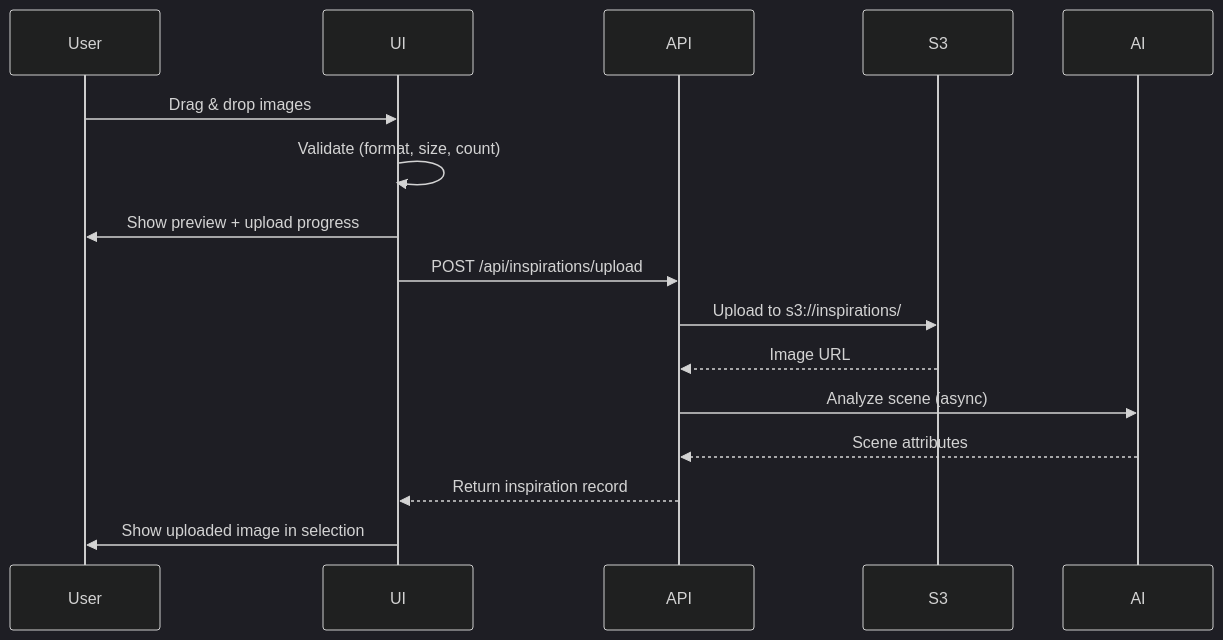
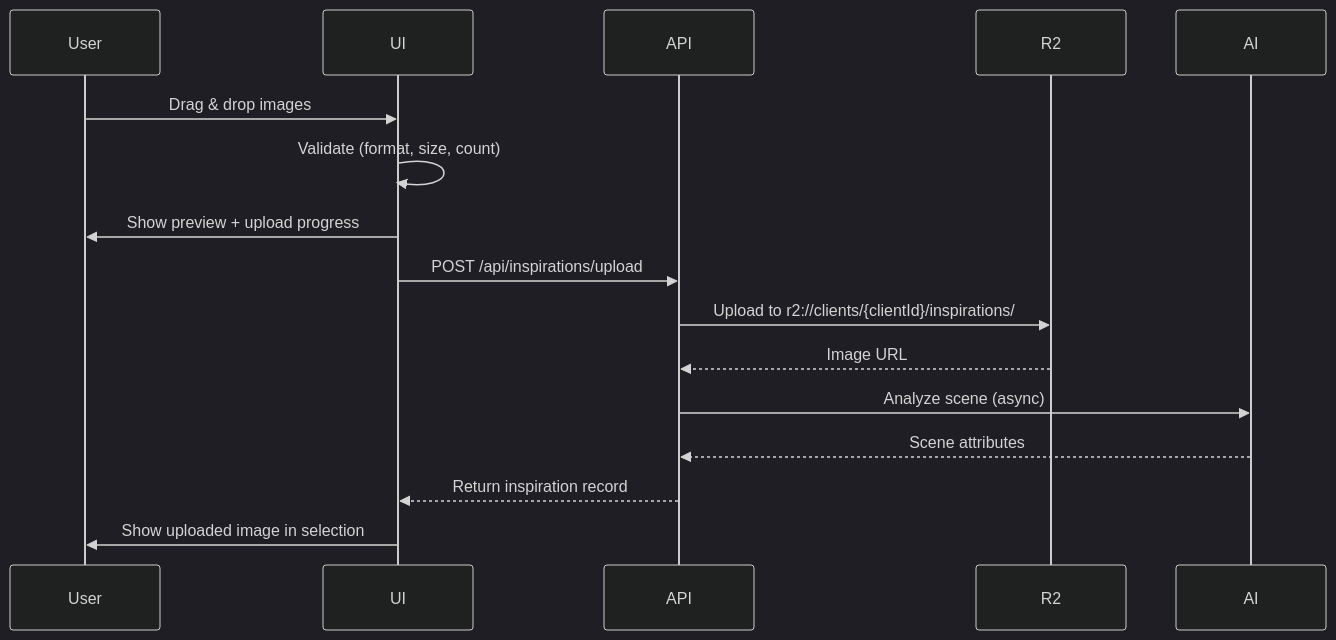
One commit to shlior7/epox-monorepo changed the fifth of 13 diagrams in apps/scenergy-visualizer/design-log/004-user-flows-journey.md. Above: the diagram before and after it, drawn with Mermaid (dark theme). The commit also changed other lines of this file and 8 other files, not shown here.

````diff
--- a/apps/scenergy-visualizer/design-log/004-user-flows-journey.md
+++ b/apps/scenergy-visualizer/design-log/004-user-flows-journey.md
@@ -510,21 +578,21 @@
 ```mermaid
 sequenceDiagram
     participant User
     participant UI
     participant API
-    participant S3
+    participant R2
 
     User->>UI: Drag & drop images
     UI->>UI: Validate (format, size, count)
     UI->>User: Show preview + upload progress
 
     UI->>API: POST /api/inspirations/upload
-    API->>S3: Upload to s3://inspirations/
-    S3-->>API: Image URL
+    API->>R2: Upload to r2://clients/{clientId}/inspirations/
+    R2-->>API: Image URL
 
     API->>AI: Analyze scene (async)
     AI-->>API: Scene attributes
 
     API-->>UI: Return inspiration record
     UI->>User: Show uploaded image in selection
 ```
````
